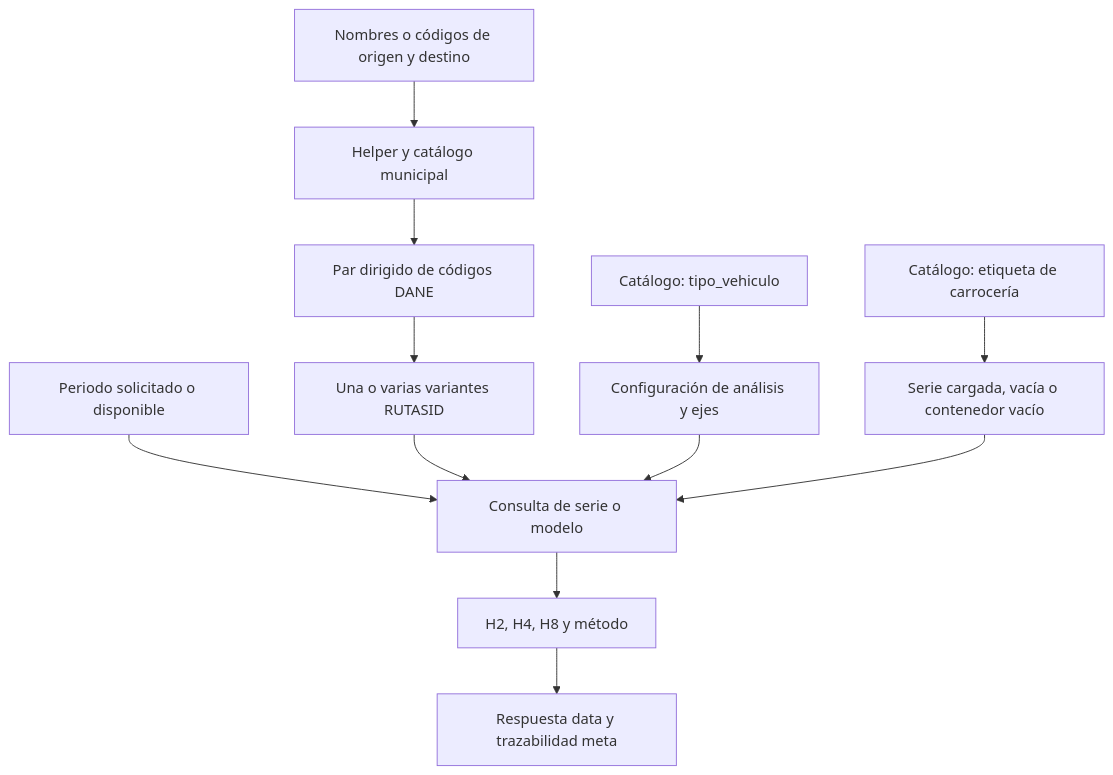
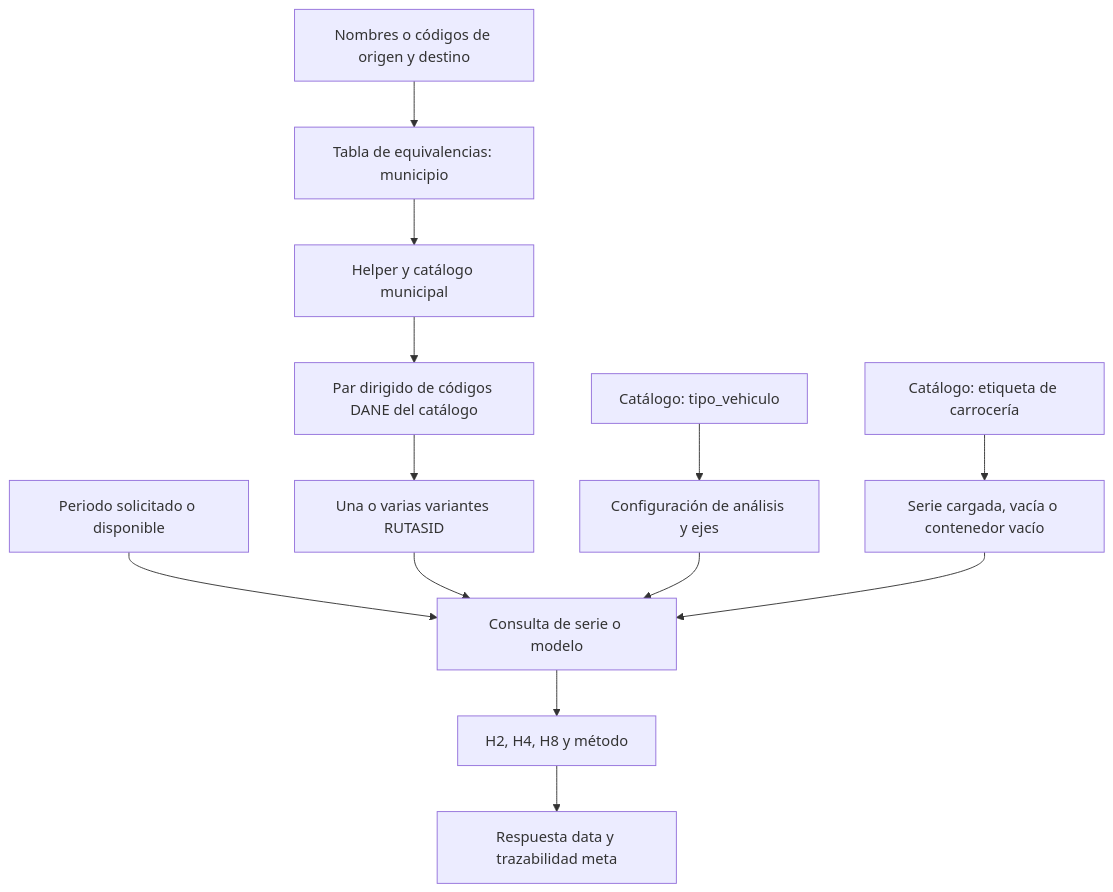
The diagram in docs/data-relationships.md (imatjuanmatiz/sicetac-mcp-atiemppo), drawn with Mermaid before and after one commit. The commit also changed other lines of this file and 12 other files, not shown here.

````diff
--- a/docs/data-relationships.md
+++ b/docs/data-relationships.md
@@ -7,14 +7,15 @@
 ```mermaid
 flowchart TD
-    N[Nombres o códigos de origen y destino] --> H[Helper y catálogo municipal]
-    H --> OD[Par dirigido de códigos DANE]
+    N[Nombres o códigos de origen y destino] --> E[Tabla de equivalencias: municipio]
+    E --> H[Helper y catálogo municipal]
+    H --> OD[Par dirigido de códigos DANE del catálogo]
     OD --> R[Una o varias variantes RUTASID]
     V[Catálogo: tipo_vehiculo] --> C[Configuración de análisis y ejes]
     B[Catálogo: etiqueta de carrocería] --> S[Serie cargada, vacía o contenedor vacío]
     M[Periodo solicitado o disponible] --> T[Consulta de serie o modelo]
     R --> T
     C --> T
     S --> T
     T --> O[H2, H4, H8 y método]
     O --> A[Respuesta data y trazabilidad meta]
 ```
````
